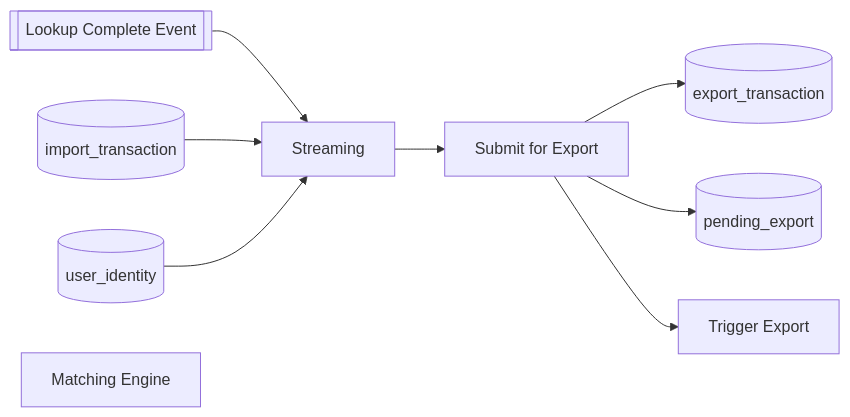
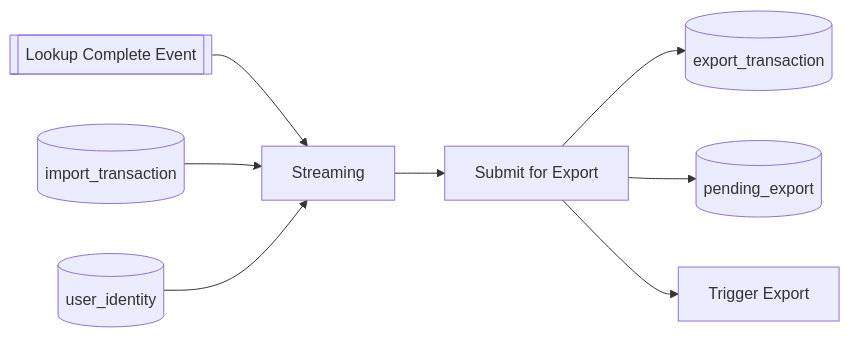
Before and after one commit to piukhq/harmonia: the fourth of 5 diagrams in data-flow.md, drawn with Mermaid. The commit also changed other lines of this file, not shown here.

Commit message:
update data flow diagram

````diff
--- a/data-flow.md
+++ b/data-flow.md
@@ -76,23 +76,22 @@
 ```mermaid
 flowchart LR
     lookup_complete[[Lookup Complete Event]]
 
     import_transaction[(import_transaction)]
     user_identity[(user_identity)]
     export_transaction[(export_transaction)]
     pending_export[(pending_export)]
 
-    matching_engine["Matching Engine"]
     submit_export["Submit for Export"]
     trigger_export["Trigger Export"]
 
     lookup_complete --> Streaming
     import_transaction --> Streaming
     user_identity --> Streaming
 
     Streaming --> submit_export
 
     submit_export --> export_transaction
     submit_export --> pending_export
     submit_export --> trigger_export
 ```
````
